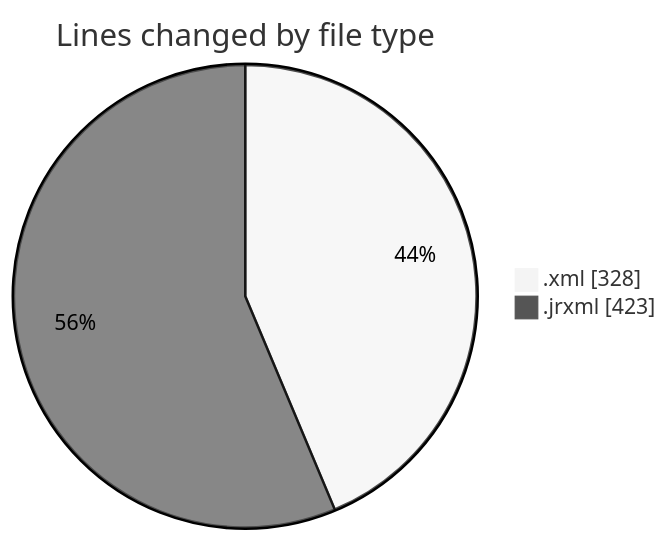
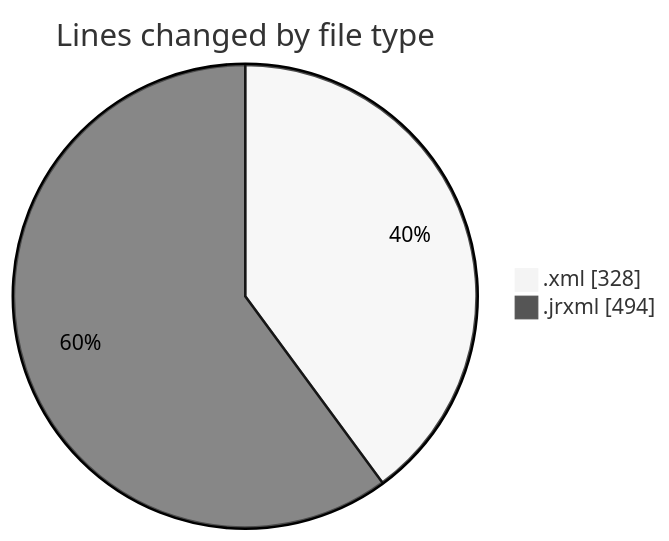
The first of 2 diagrams in 2026-06-29/cilreports/README.md (ricardozamudiocil/code-tracking), drawn with Mermaid (neutral theme) before and after one commit. The commit also changed other lines of this file and 1 other file, not shown here.

````diff
--- a/2026-06-29/cilreports/README.md
+++ b/2026-06-29/cilreports/README.md
@@ -21,6 +21,6 @@
 ```mermaid
 pie showData
 title Lines changed by file type
 ".xml" : 328
-".jrxml" : 423
+".jrxml" : 494
 ```
````
